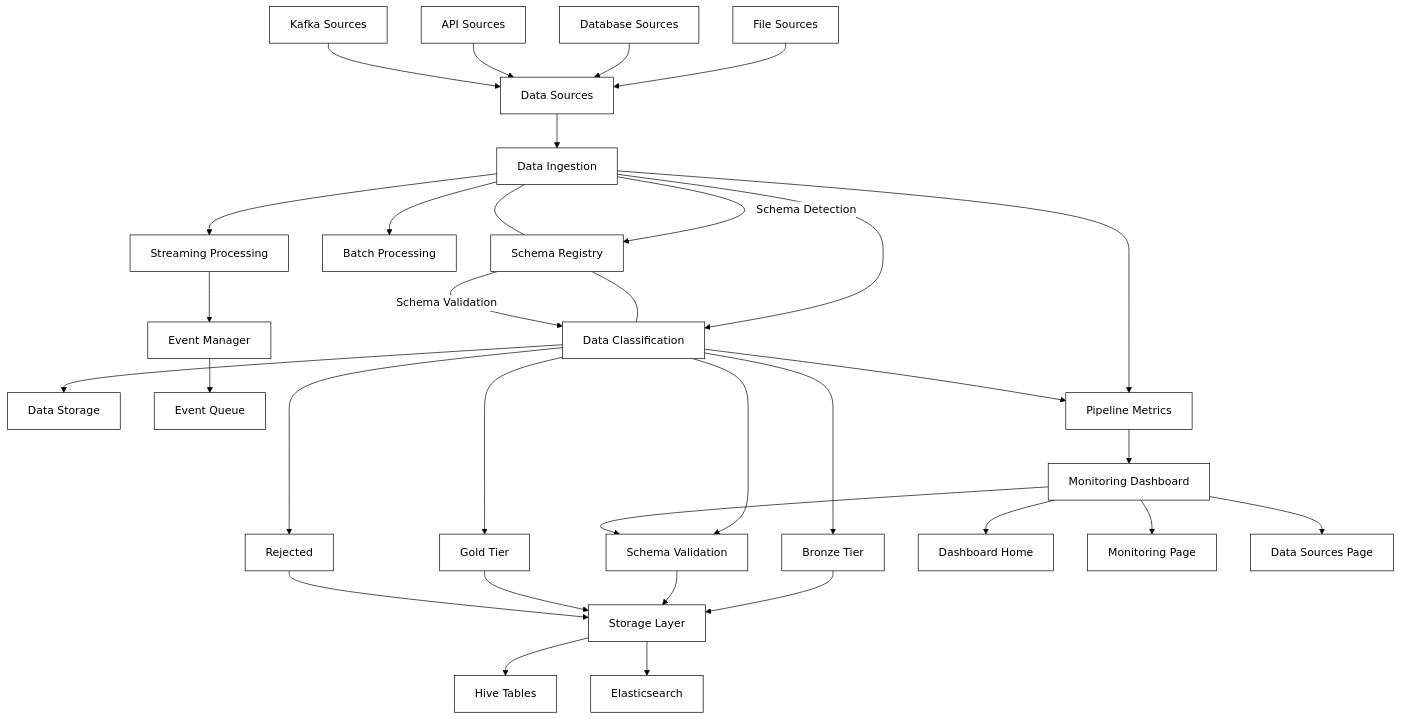
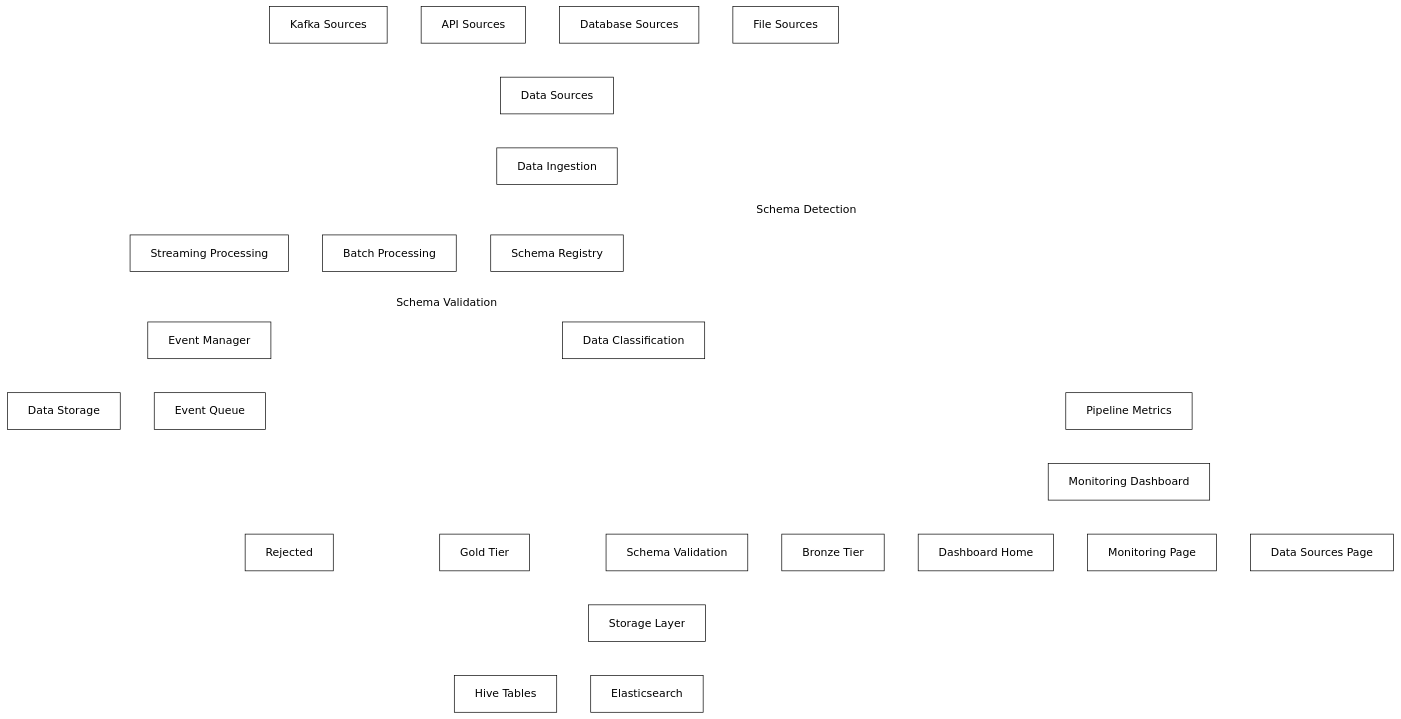
One commit to rahulbittu/DataIngestionPySpark changed the diagram in README.md. Above: the diagram before and after it, drawn with Mermaid. The commit also changed 1 other file, not shown here.

Commit message:
Update data flow diagram line color to white
Replit-Commit-Author: Agent
Replit-Commit-Session-Id: edb721cc-ffb8-4752-b65a-1e98cbc58eb4
Replit-Commit-Screenshot-Url: https://storage.googleapis.com/screenshot-production-us-central1/bd624b0b-2d67-4a1d-9047-48d405f658e8/f1c7dbbc-9999-4558-90b9-f64dbcb4c6b5.jpg

````diff
--- a/README.md
+++ b/README.md
@@ -51,55 +51,55 @@
 ```mermaid
-%%{init: {'theme': 'base', 'themeVariables': { 'primaryColor': '#ffffff', 'primaryTextColor': '#000000', 'primaryBorderColor': '#000000', 'lineColor': '#000000', 'secondaryColor': '#ffffff', 'tertiaryColor': '#ffffff' }}}%%
+%%{init: {'theme': 'base', 'themeVariables': { 'primaryColor': '#ffffff', 'primaryTextColor': '#000000', 'primaryBorderColor': '#000000', 'lineColor': '#ffffff', 'secondaryColor': '#ffffff', 'tertiaryColor': '#ffffff' }}}%%
 graph TD
     %% Main components
     DS[Data Sources] --> IN[Data Ingestion]
     IN --> CL[Data Classification]
     CL --> ST[Data Storage]
     SR[Schema Registry] --- IN
     SR --- CL
     
     %% Data sources
     DS_F[File Sources] --> DS
     DS_D[Database Sources] --> DS
     DS_A[API Sources] --> DS
     DS_K[Kafka Sources] --> DS
     
     %% Data ingestion and processing paths
     IN --> BP[Batch Processing]
     IN --> SP[Streaming Processing]
     
     %% Streaming mode details
     SP --> EM[Event Manager]
     EM --> EQ[Event Queue]
     
     %% Classification tiers
     CL --> BZ[Bronze Tier]
     CL --> SV[Silver Tier]
     CL --> GD[Gold Tier]
     CL --> RJ[Rejected]
     
     %% Storage Options
     BZ --> S1[Storage Layer]
     SV --> S1
     GD --> S1
     RJ --> S1
     
     %% Storage implementations
     S1 --> H[Hive Tables]
     S1 --> ES[Elasticsearch]
     
     %% Pipeline Metrics 
     IN --> MT[Pipeline Metrics]
     CL --> MT
     MT --> L[Monitoring Dashboard]
     
     %% Schema evolution
     IN -- Schema Detection --> SR
     SR -- Schema Validation --> CL
     
     %% Dashboard components
     L --> DH[Dashboard Home]
     L --> MP[Monitoring Page]
     L --> DSP[Data Sources Page]
     L --> SV[Schema Validation]
 ```
````
